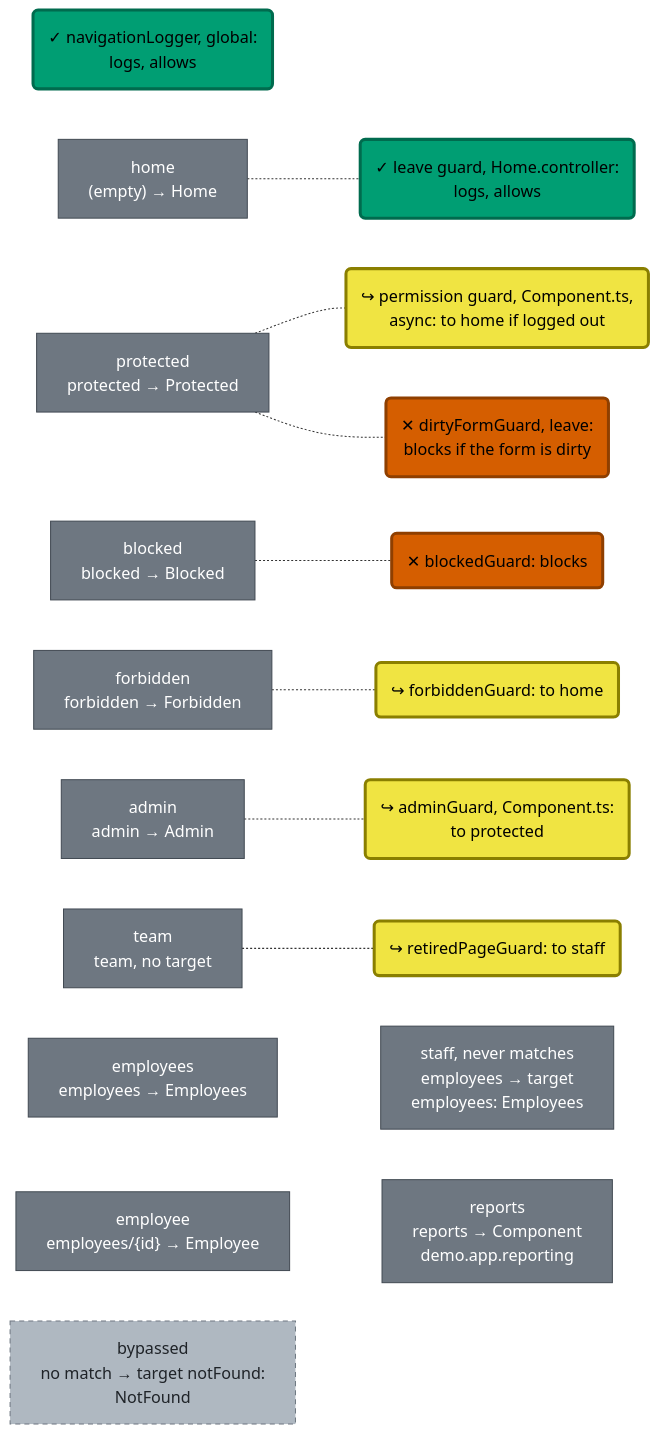
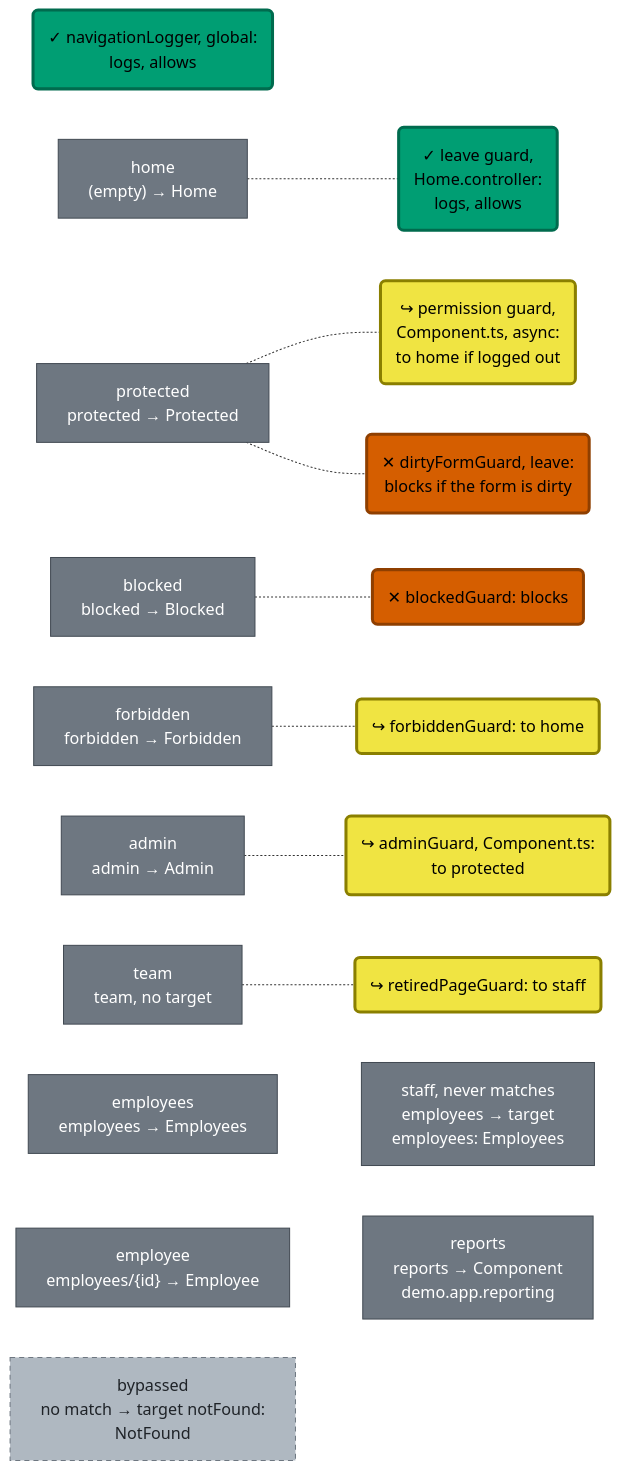
Before and after one commit to wridgeu/ui5-lib-guard-router: the first of 2 diagrams in packages/demo-app/README.md, drawn with Mermaid. The commit also changed 12 other files, not shown here.

````diff
--- a/packages/demo-app/README.md
+++ b/packages/demo-app/README.md
@@ -12,34 +12,34 @@
 ```mermaid
 ---
 config:
   flowchart:
     minNodeWidth: 60
     wrappingWidth: 300
   elk:
     forceNodeModelOrder: true
     considerModelOrder: NODES_AND_EDGES
 ---
 flowchart LR
     gLogger("✓ navigationLogger, global:<br/>logs, allows")
-    rHome["home<br/>(empty) → Home"] -.- gHome("✓ leave guard, Home.controller:<br/>logs, allows")
-    rProtected["protected<br/>protected → Protected"] -.- gPermission("↪ permission guard, Component.ts,<br/>async: to home if logged out")
+    rHome["home<br/>(empty) → Home"] -.- gHome("✓ leave guard,<br/>Home.controller:<br/>logs, allows")
+    rProtected["protected<br/>protected → Protected"] -.- gPermission("↪ permission guard,<br/>Component.ts, async:<br/>to home if logged out")
     rProtected -.- gDirty("✕ dirtyFormGuard, leave:<br/>blocks if the form is dirty")
     rBlocked["blocked<br/>blocked → Blocked"] -.- gBlocked("✕ blockedGuard: blocks")
     rForbidden["forbidden<br/>forbidden → Forbidden"] -.- gForbidden("↪ forbiddenGuard: to home")
     rAdmin["admin<br/>admin → Admin"] -.- gAdmin("↪ adminGuard, Component.ts:<br/>to protected")
     rTeam["team<br/>team, no target"] -.- gRetired("↪ retiredPageGuard: to staff")
     rEmployees["employees<br/>employees → Employees"] ~~~ rStaff["staff, never matches<br/>employees → target<br/>employees: Employees"]
     rEmployee["employee<br/>employees/{id} → Employee"] ~~~ rReports["reports<br/>reports → Component<br/>demo.app.reporting"]
     rNone["bypassed<br/>no match → target notFound:<br/>NotFound"]
 
     classDef native fill:#6e7781,stroke:#424a53,color:#ffffff
     classDef optional fill:#afb8c1,stroke:#6e7781,stroke-dasharray:5 4,color:#1f2328
     classDef commit fill:#009E73,stroke:#006b4e,stroke-width:3px,color:#000000
     classDef redirect fill:#F0E442,stroke:#8a7f00,stroke-width:3px,color:#000000
     classDef block fill:#D55E00,stroke:#8f3f00,stroke-width:3px,color:#000000
     class rHome,rProtected,rBlocked,rForbidden,rAdmin,rEmployees,rStaff,rTeam,rEmployee,rReports native
     class rNone optional
     class gLogger,gHome commit
     class gPermission,gForbidden,gAdmin,gRetired redirect
     class gDirty,gBlocked block
 ```
````
